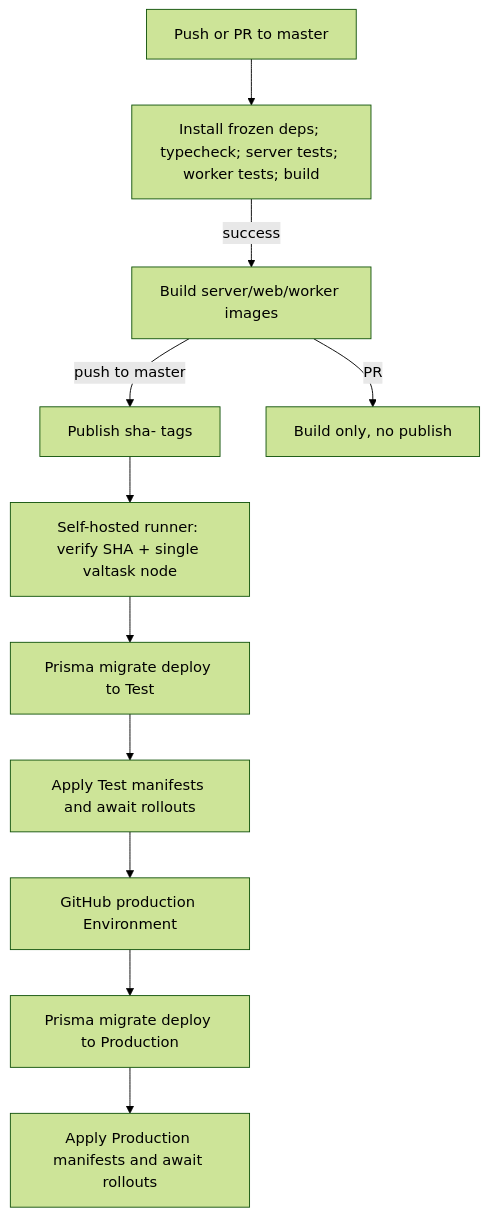
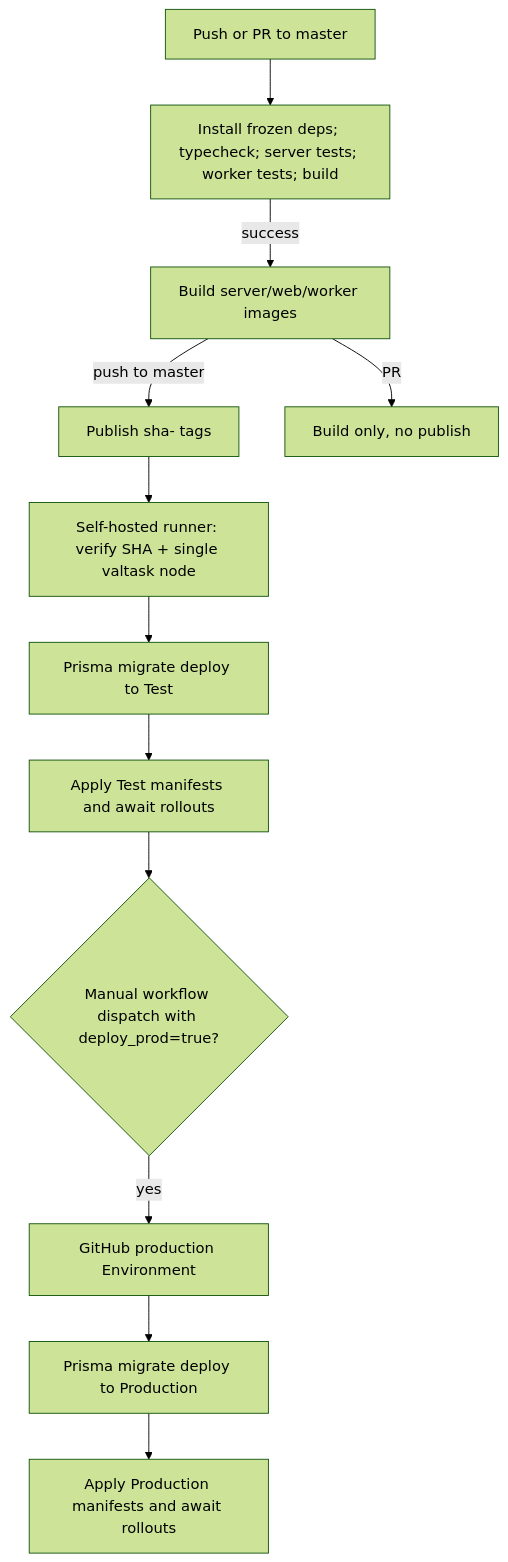
One commit to Valatras/clichy changed the diagram in docs/infrastructure/ci-cd.md. Above: the diagram before and after it, drawn with Mermaid (forest theme). The commit also changed other lines of this file and 11 other files, not shown here.

````diff
--- a/docs/infrastructure/ci-cd.md
+++ b/docs/infrastructure/ci-cd.md
@@ -5,13 +5,14 @@
 ```mermaid
 flowchart TD
   Push[Push or PR to master] --> CI[Install frozen deps; typecheck; server tests; worker tests; build]
   CI -->|success| Images[Build server/web/worker images]
   Images -->|push to master| GHCR[Publish sha-<commit> tags]
   Images -->|PR| BuildOnly[Build only, no publish]
   GHCR --> Test[Self-hosted runner: verify SHA + single valtask node]
   Test --> TestMigrate[Prisma migrate deploy to Test]
   TestMigrate --> TestApply[Apply Test manifests and await rollouts]
-  TestApply --> ProdGate[GitHub production Environment]
+  TestApply --> ProdDispatch{Manual workflow dispatch with deploy_prod=true?}
+  ProdDispatch -->|yes| ProdGate[GitHub production Environment]
   ProdGate --> ProdMigrate[Prisma migrate deploy to Production]
   ProdMigrate --> ProdApply[Apply Production manifests and await rollouts]
 ```
````
